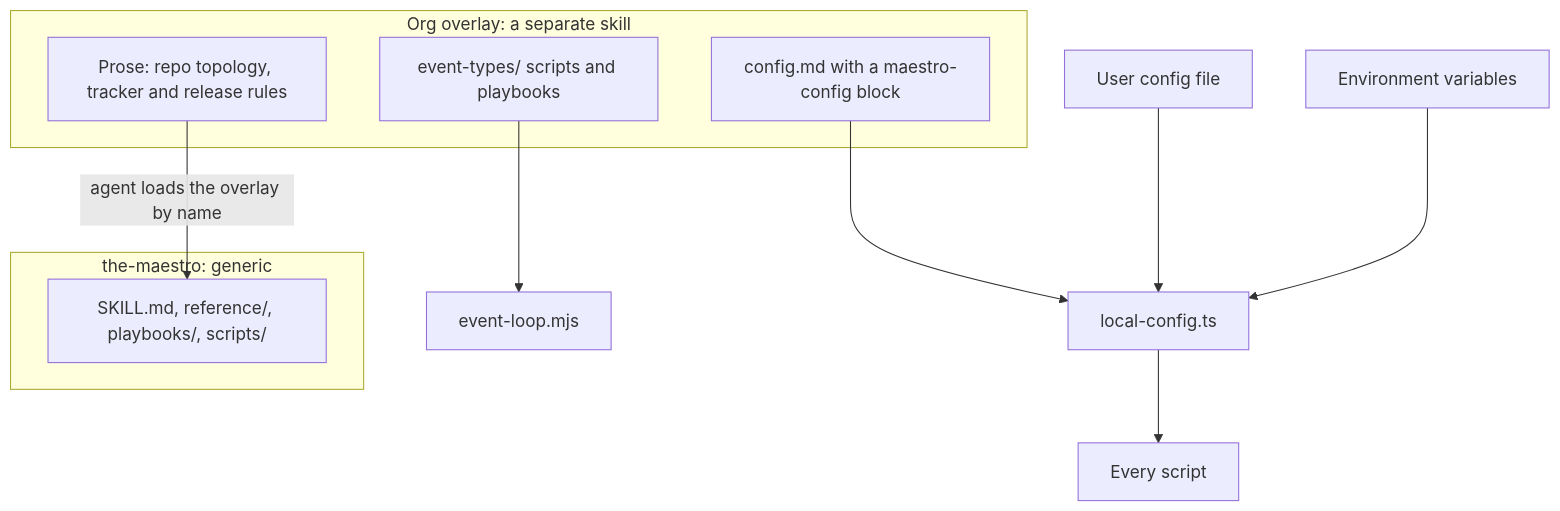
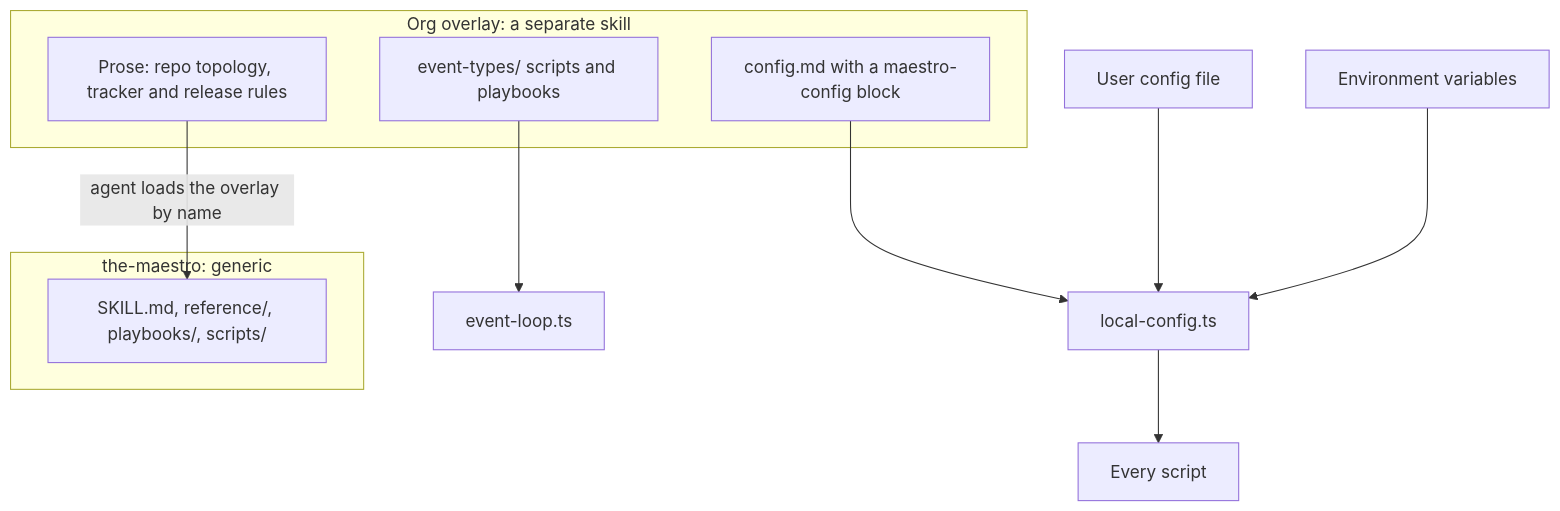
Before and after one commit to jackreichert/the-maestro: the sixth of 6 diagrams in README.md, drawn with Mermaid. The commit also changed other lines of this file and 18 other files, not shown here.

````diff
--- a/README.md
+++ b/README.md
@@ -479,17 +479,17 @@
 ```mermaid
 flowchart TD
     subgraph generic [the-maestro: generic]
         S[SKILL.md, reference/, playbooks/, scripts/]
     end
     subgraph overlay [Org overlay: a separate skill]
         C[config.md with a maestro-config block]
         P[Prose: repo topology, tracker and release rules]
         ET[event-types/ scripts and playbooks]
     end
     ENV[Environment variables] --> LC[local-config.ts]
     UF[User config file] --> LC
     C --> LC
     LC --> SC[Every script]
     P -- "agent loads the overlay by name" --> S
-    ET --> EL[event-loop.mjs]
+    ET --> EL[event-loop.ts]
 ```
````
